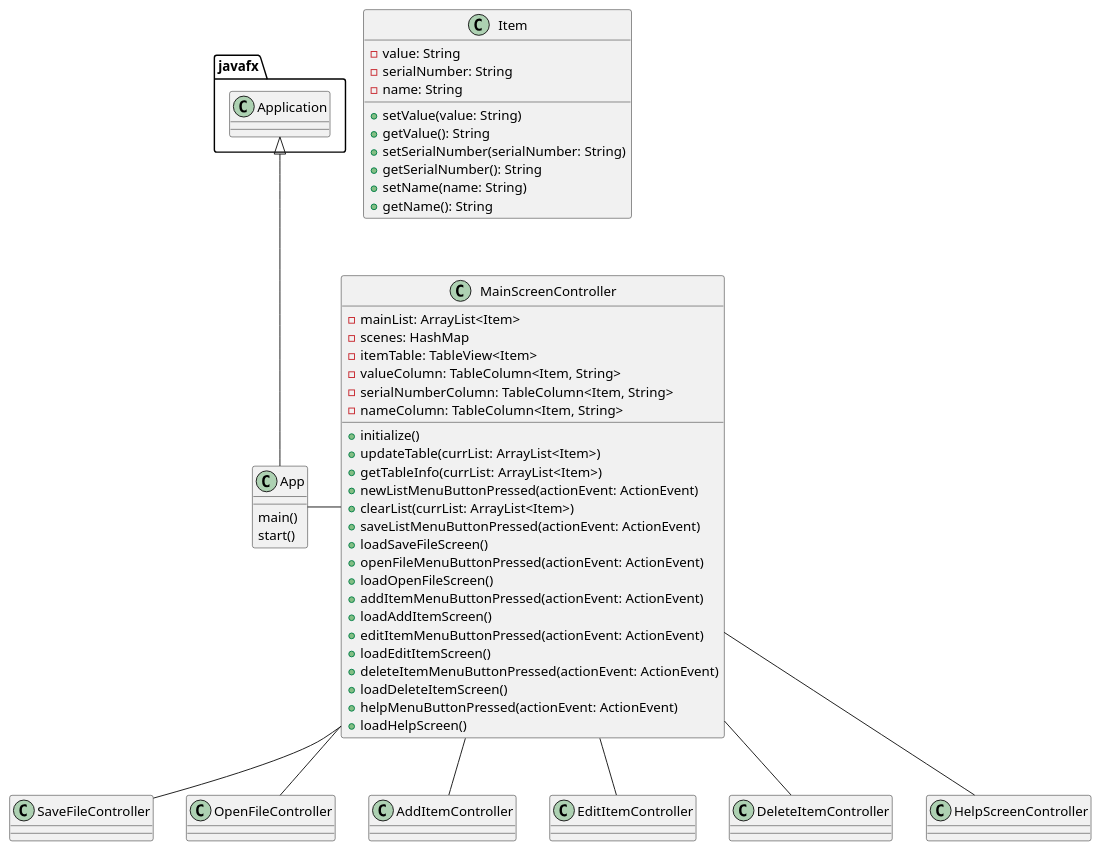
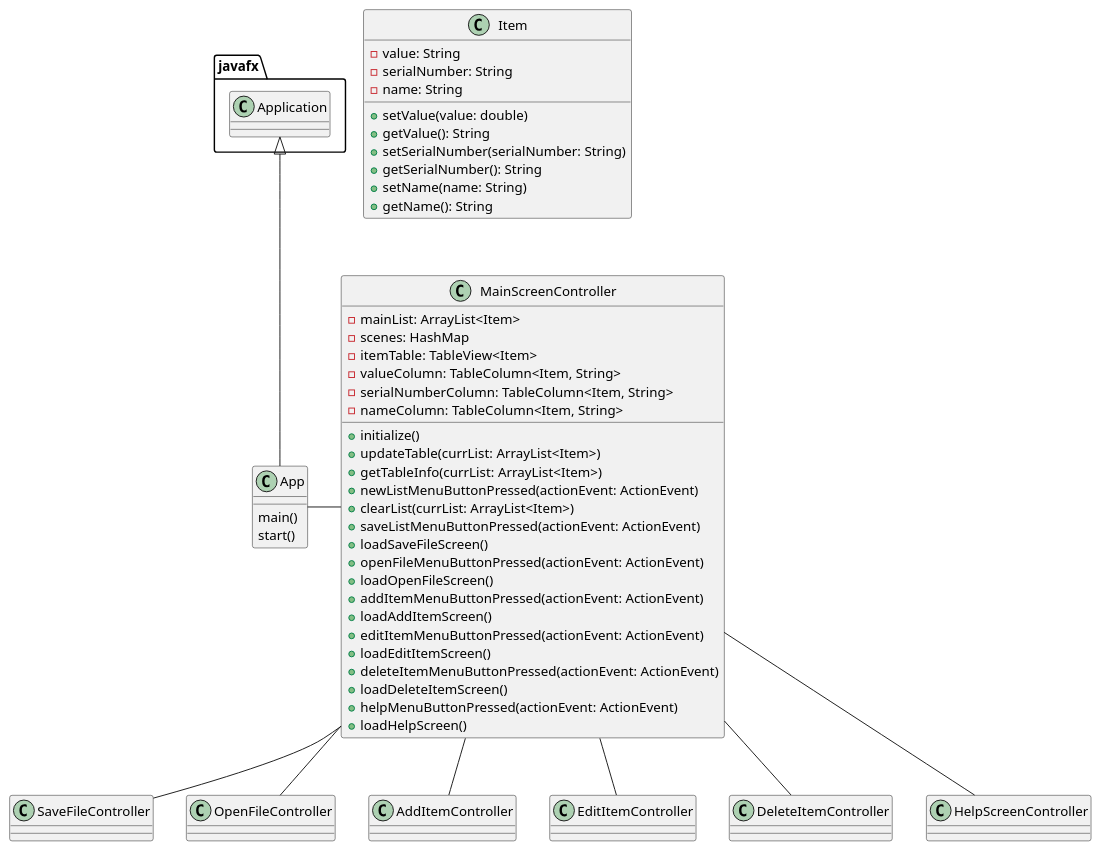
The diagram in uml/AppDiagram.puml (ashley-m0/OOP-Assignment5), drawn with PlantUML before and after one commit. The commit also changed 4 other files, not shown here.

```diff
--- a/uml/AppDiagram.puml
+++ b/uml/AppDiagram.puml
@@ -1,64 +1,64 @@
 @startuml
 
 class App{
     main()
     start()
 }
 
 class Item{
     - value: String
     - serialNumber: String
     - name: String
 
-    + setValue(value: String)
+    + setValue(value: double)
     + getValue(): String
     + setSerialNumber(serialNumber: String)
     + getSerialNumber(): String
     + setName(name: String)
     + getName(): String
 }
 
 class MainScreenController{
     - mainList: ArrayList<Item>
     - scenes: HashMap
     - itemTable: TableView<Item>
     - valueColumn: TableColumn<Item, String>
     - serialNumberColumn: TableColumn<Item, String>
     - nameColumn: TableColumn<Item, String>
 
     + initialize()
     + updateTable(currList: ArrayList<Item>)
     + getTableInfo(currList: ArrayList<Item>)
     + newListMenuButtonPressed(actionEvent: ActionEvent)
     + clearList(currList: ArrayList<Item>)
     + saveListMenuButtonPressed(actionEvent: ActionEvent)
     + loadSaveFileScreen()
     + openFileMenuButtonPressed(actionEvent: ActionEvent)
     + loadOpenFileScreen()
     + addItemMenuButtonPressed(actionEvent: ActionEvent)
     + loadAddItemScreen()
     + editItemMenuButtonPressed(actionEvent: ActionEvent)
     + loadEditItemScreen()
     + deleteItemMenuButtonPressed(actionEvent: ActionEvent)
     + loadDeleteItemScreen()
     + helpMenuButtonPressed(actionEvent: ActionEvent)
     + loadHelpScreen()
 }
 
 class SaveFileController{}
 class OpenFileController{}
 class AddItemController{}
 class EditItemController{}
 class DeleteItemController{}
 class HelpScreenController{}
 
 javafx.Application <|-- App
 
 App - MainScreenController
 MainScreenController -- SaveFileController
 MainScreenController -- OpenFileController
 MainScreenController -- AddItemController
 MainScreenController -- EditItemController
 MainScreenController -- DeleteItemController
 MainScreenController -- HelpScreenController
 @enduml
```
